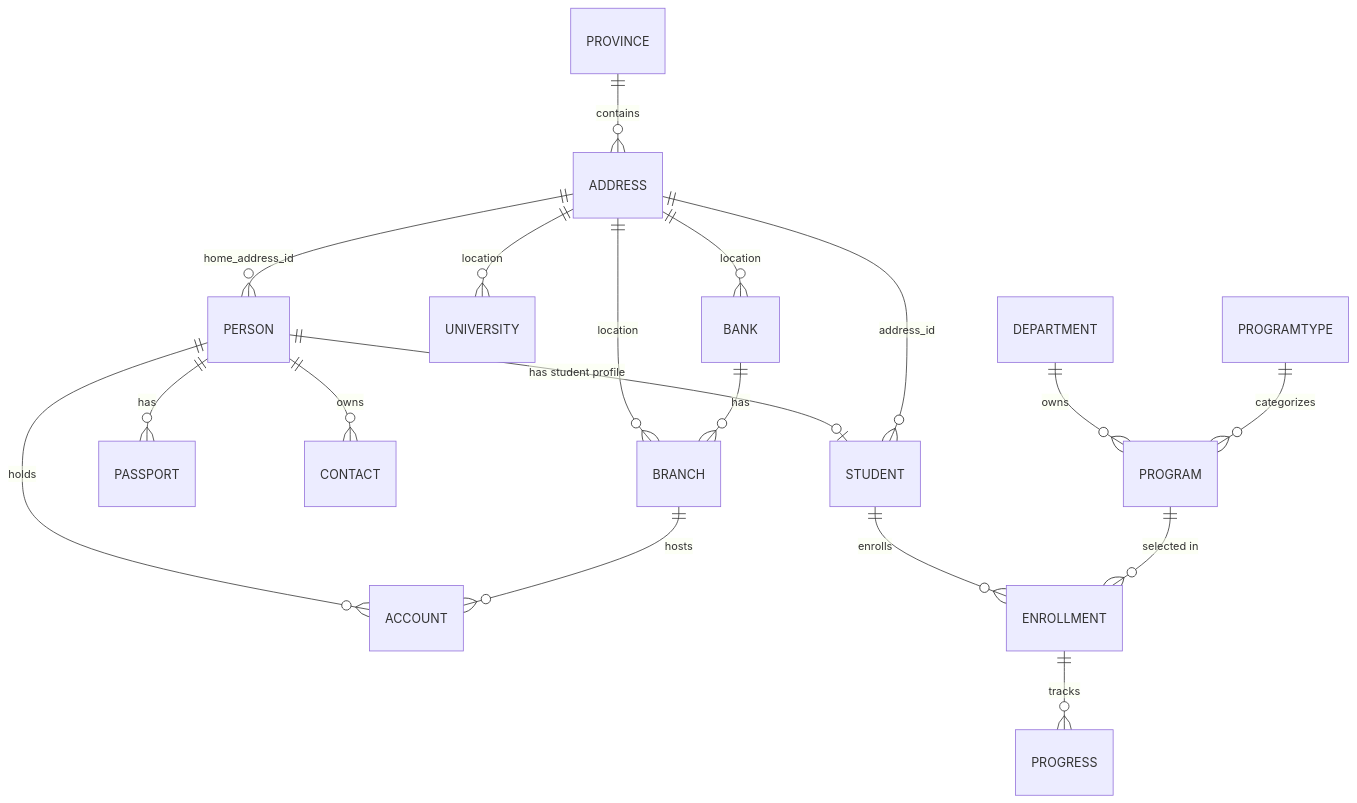
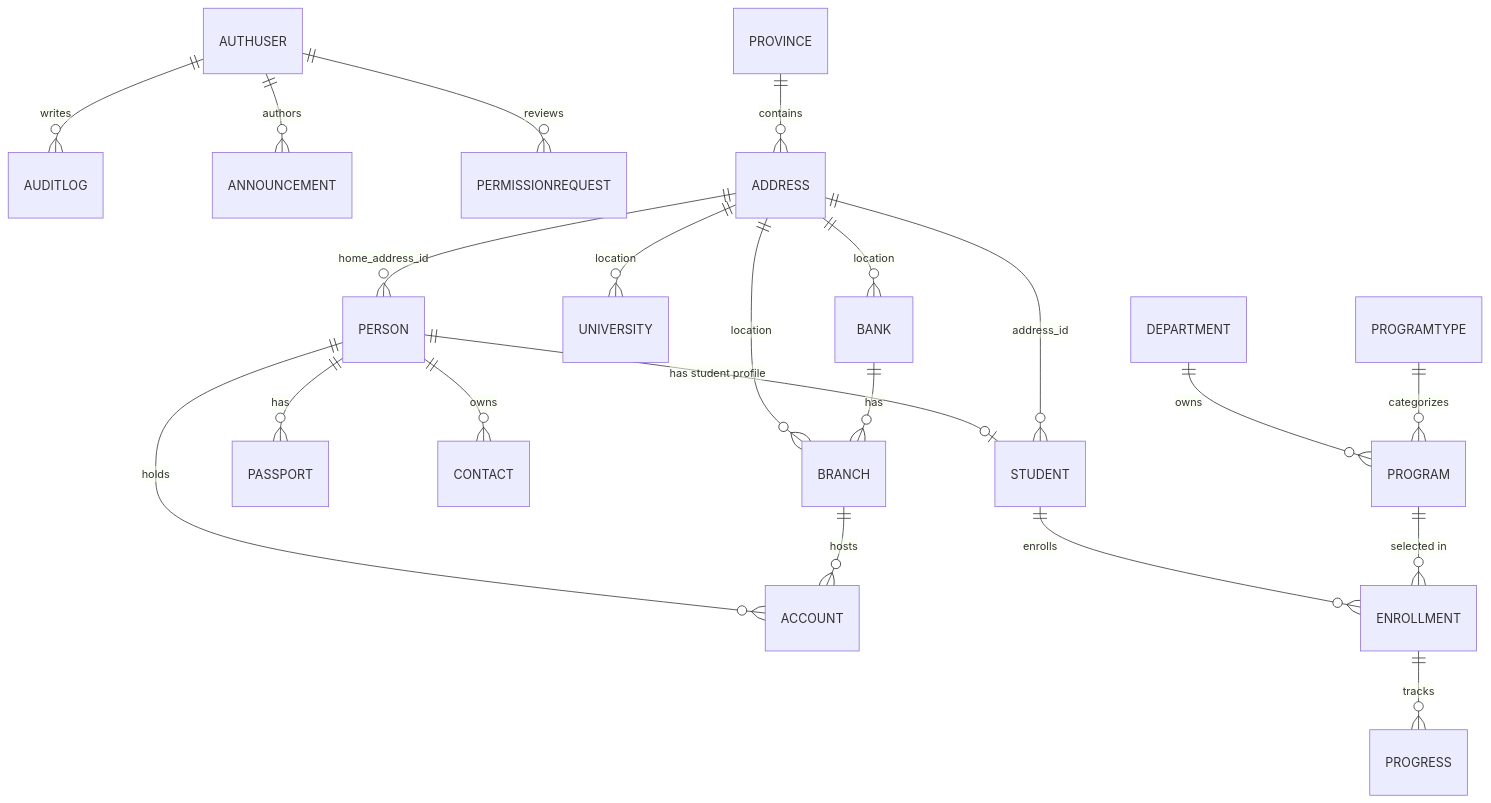
Before and after one commit to joe123-crypto/student-management-system: the diagram in docs/architecture/app-schema.md, drawn with Mermaid. The commit also changed other lines of this file and 51 other files, not shown here.

````diff
--- a/docs/architecture/app-schema.md
+++ b/docs/architecture/app-schema.md
@@ -162,20 +189,23 @@
 ```mermaid
 erDiagram
+  AUTHUSER ||--o{ AUDITLOG : "writes"
+  AUTHUSER ||--o{ ANNOUNCEMENT : "authors"
+  AUTHUSER ||--o{ PERMISSIONREQUEST : "reviews"
   PERSON ||--o| STUDENT : "has student profile"
   PERSON ||--o{ PASSPORT : "has"
   PERSON ||--o{ CONTACT : "owns"
   PERSON ||--o{ ACCOUNT : "holds"
   ADDRESS ||--o{ PERSON : "home_address_id"
   ADDRESS ||--o{ STUDENT : "address_id"
   PROVINCE ||--o{ ADDRESS : "contains"
   ADDRESS ||--o{ UNIVERSITY : "location"
   ADDRESS ||--o{ BANK : "location"
   ADDRESS ||--o{ BRANCH : "location"
   BANK ||--o{ BRANCH : "has"
   BRANCH ||--o{ ACCOUNT : "hosts"
   STUDENT ||--o{ ENROLLMENT : "enrolls"
   PROGRAM ||--o{ ENROLLMENT : "selected in"
   DEPARTMENT ||--o{ PROGRAM : "owns"
   PROGRAMTYPE ||--o{ PROGRAM : "categorizes"
   ENROLLMENT ||--o{ PROGRESS : "tracks"
 ```
````
